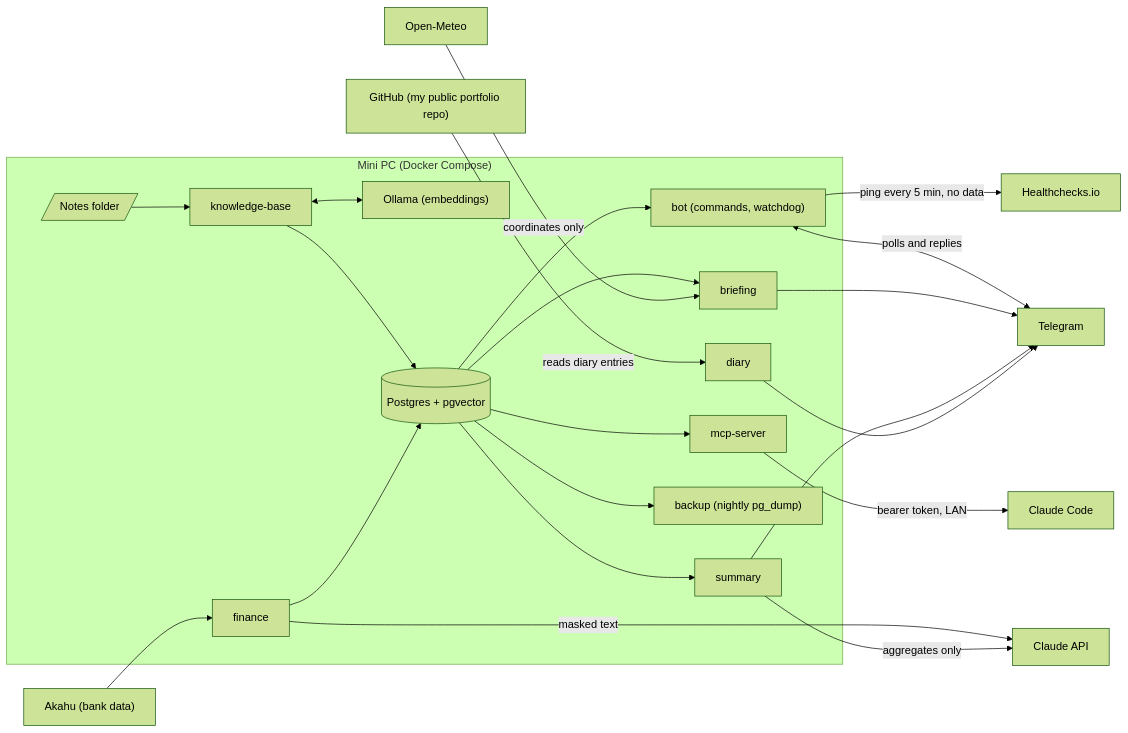
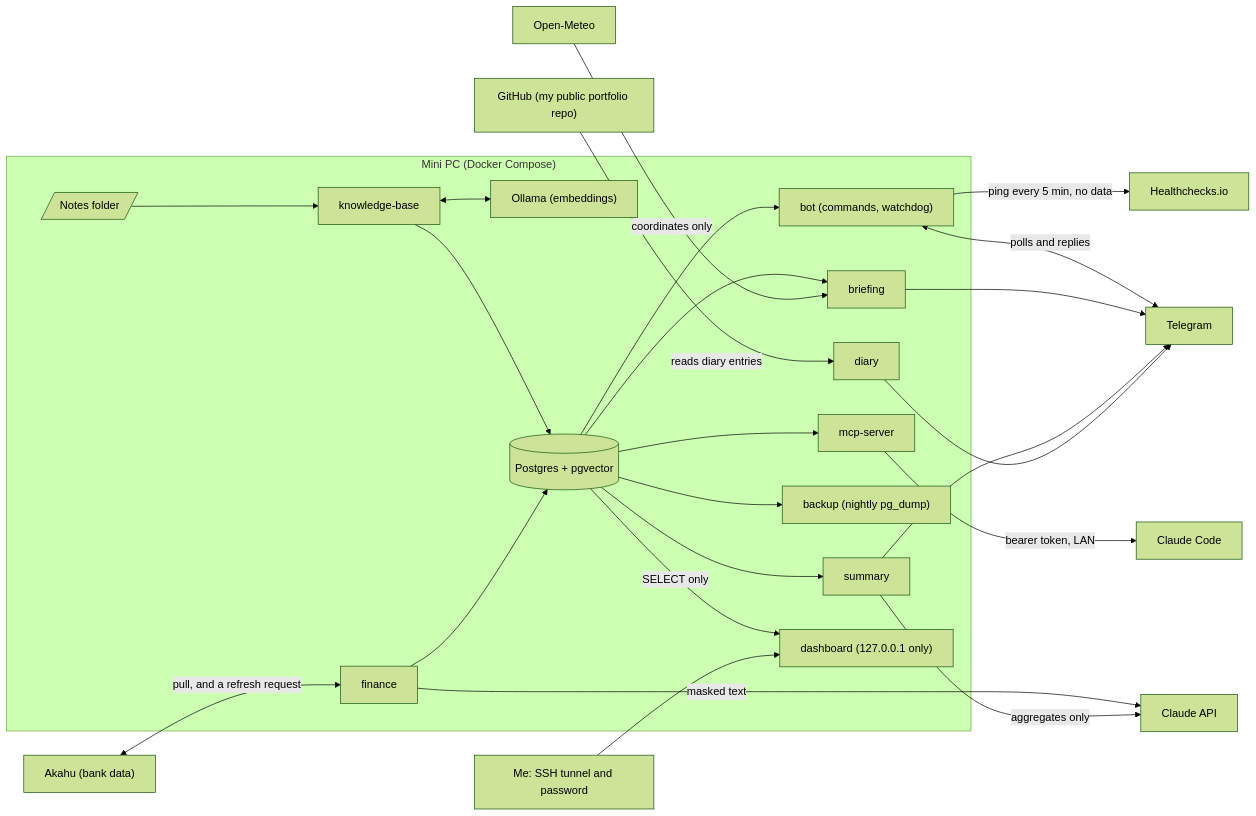
One commit to charles-goodsir/personal-ops-platform changed the diagram in README.md. Above: the diagram before and after it, drawn with Mermaid (forest theme). The commit also changed other lines of this file, not shown here.

Commit message:
Update the README for budgets, the dashboard, the bank refresh and the night sync

````diff
--- a/README.md
+++ b/README.md
@@ -15,36 +15,39 @@
 ```mermaid
 flowchart LR
   subgraph home["Mini PC (Docker Compose)"]
     kb["knowledge-base"]
     ollama["Ollama (embeddings)"]
     fin["finance"]
     db[("Postgres + pgvector")]
     mcp["mcp-server"]
     brief["briefing"]
     sum["summary"]
     diary["diary"]
     backup["backup (nightly pg_dump)"]
     bot["bot (commands, watchdog)"]
+    dash["dashboard (127.0.0.1 only)"]
     notes[/"Notes folder"/]
   end
-  akahu["Akahu (bank data)"] --> fin
+  akahu["Akahu (bank data)"] <-- "pull, and a refresh request" --> fin
   notes --> kb
   kb <--> ollama
   kb --> db
   fin --> db
   fin -- "masked text" --> api["Claude API"]
   db --> mcp
   db --> brief
   db --> sum
   db --> backup
   sum -- "aggregates only" --> api
   weather["Open-Meteo"] -- "coordinates only" --> brief
   mcp -- "bearer token, LAN" --> claude["Claude Code"]
   db --> bot
+  db -- "SELECT only" --> dash
+  me["Me: SSH tunnel and password"] --> dash
   bot <-- "polls and replies" --> tg["Telegram"]
   brief --> tg
   sum --> tg
   diary --> tg
   gh["GitHub (my public portfolio repo)"] -- "reads diary entries" --> diary
   bot -- "ping every 5 min, no data" --> hc["Healthchecks.io"]
 ```
````
